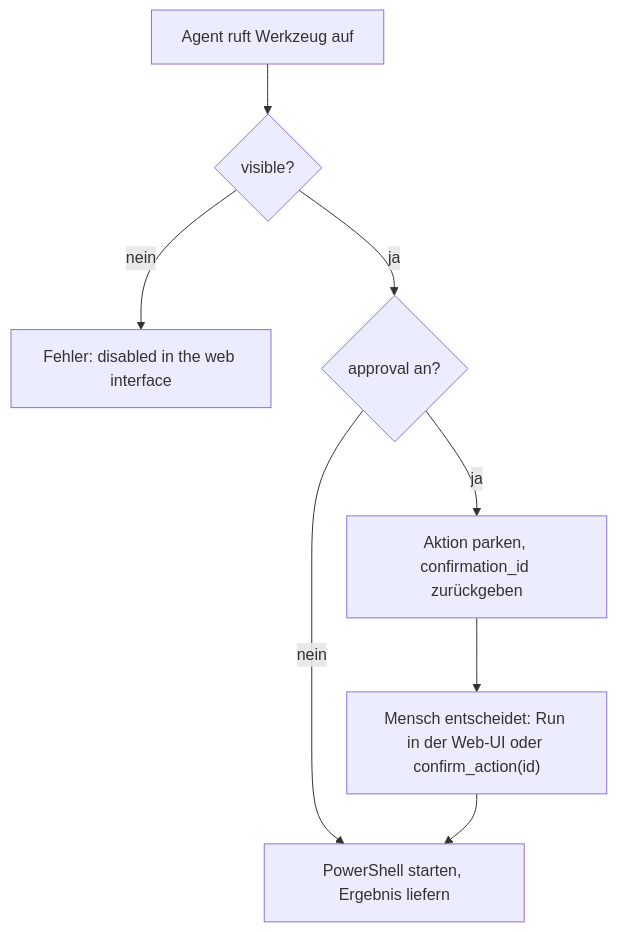
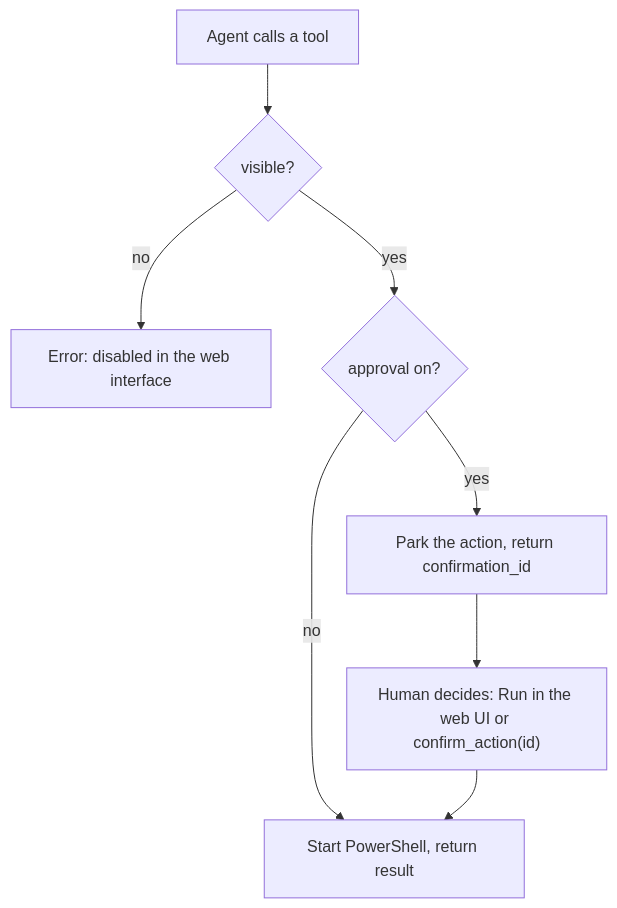
Before and after one commit to prinzalx/winadmin-mcp: the diagram in README.md, drawn with Mermaid. The commit also changed other lines of this file, not shown here.

````diff
--- a/README.md
+++ b/README.md
@@ -147,10 +145,10 @@
 ```mermaid
 flowchart TD
-    A["Agent ruft Werkzeug auf"] --> B{"visible?"}
-    B -- nein --> X["Fehler: disabled in the web interface"]
-    B -- ja --> C{"approval an?"}
-    C -- nein --> E["PowerShell starten, Ergebnis liefern"]
-    C -- ja --> D["Aktion parken, confirmation_id zurückgeben"]
-    D --> F["Mensch entscheidet: Run in der Web-UI oder confirm_action(id)"]
+    A["Agent calls a tool"] --> B{"visible?"}
+    B -- no --> X["Error: disabled in the web interface"]
+    B -- yes --> C{"approval on?"}
+    C -- no --> E["Start PowerShell, return result"]
+    C -- yes --> D["Park the action, return confirmation_id"]
+    D --> F["Human decides: Run in the web UI or confirm_action(id)"]
     F --> E
 ```
````
